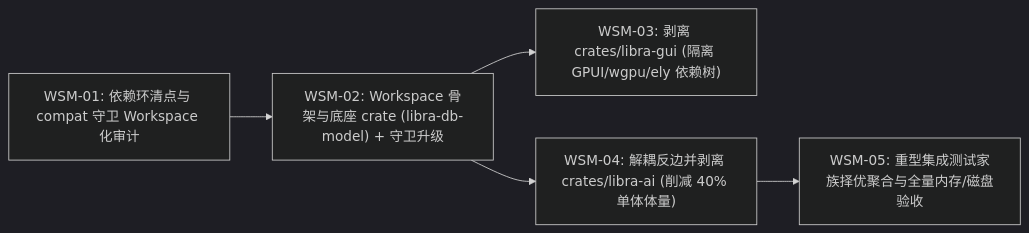
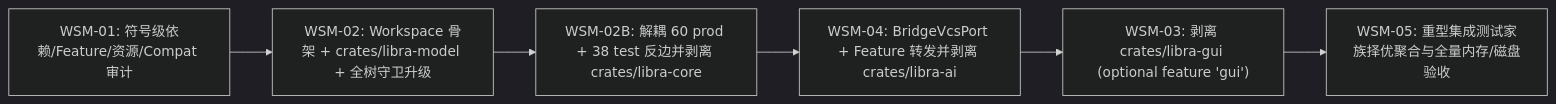
One commit to libra-tools/libra changed the diagram in docs/development/plan/plan-20261122-workspace-crate-split.md. Above: the diagram before and after it, drawn with Mermaid (dark theme). The commit also changed other lines of this file and 1 other file, not shown here.

Commit message:
docs(plan): complete WSM-01 dependency audit and revise 6-card workspace DAG

````diff
--- a/docs/development/plan/plan-20261122-workspace-crate-split.md
+++ b/docs/development/plan/plan-20261122-workspace-crate-split.md
@@ -83,7 +81,8 @@
 ```mermaid
 flowchart LR
-    WSM01["WSM-01: 依赖环清点与 compat 守卫 Workspace 化审计"] --> WSM02["WSM-02: Workspace 骨架与底座 crate (libra-db-model) + 守卫升级"]
-    WSM02 --> WSM03["WSM-03: 剥离 crates/libra-gui (隔离 GPUI/wgpu/ely 依赖树)"]
-    WSM02 --> WSM04["WSM-04: 解耦反边并剥离 crates/libra-ai (削减 40% 单体体量)"]
-    WSM04 --> WSM05["WSM-05: 重型集成测试家族择优聚合与全量内存/磁盘验收"]
+    WSM01["WSM-01: 符号级依赖/Feature/资源/Compat 审计"] --> WSM02["WSM-02: Workspace 骨架 + crates/libra-model + 全树守卫升级"]
+    WSM02 --> WSM02B["WSM-02B: 解耦 60 prod + 38 test 反边并剥离 crates/libra-core"]
+    WSM02B --> WSM04["WSM-04: BridgeVcsPort + Feature 转发并剥离 crates/libra-ai"]
+    WSM04 --> WSM03["WSM-03: 剥离 crates/libra-gui (optional feature 'gui')"]
+    WSM03 --> WSM05["WSM-05: 重型集成测试家族择优聚合与全量内存/磁盘验收"]
 ```
````
